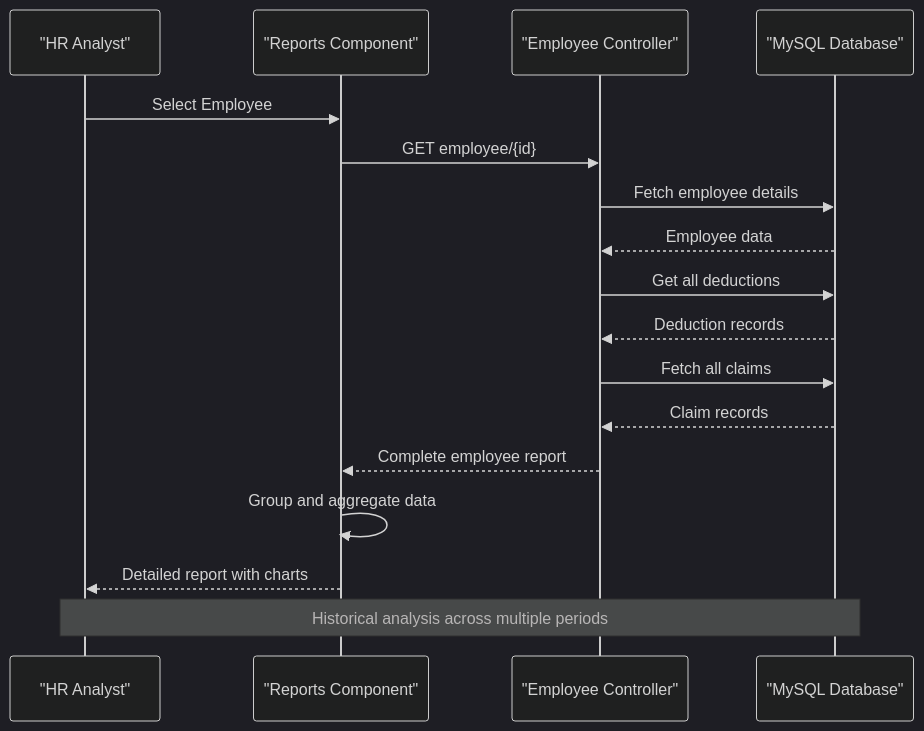
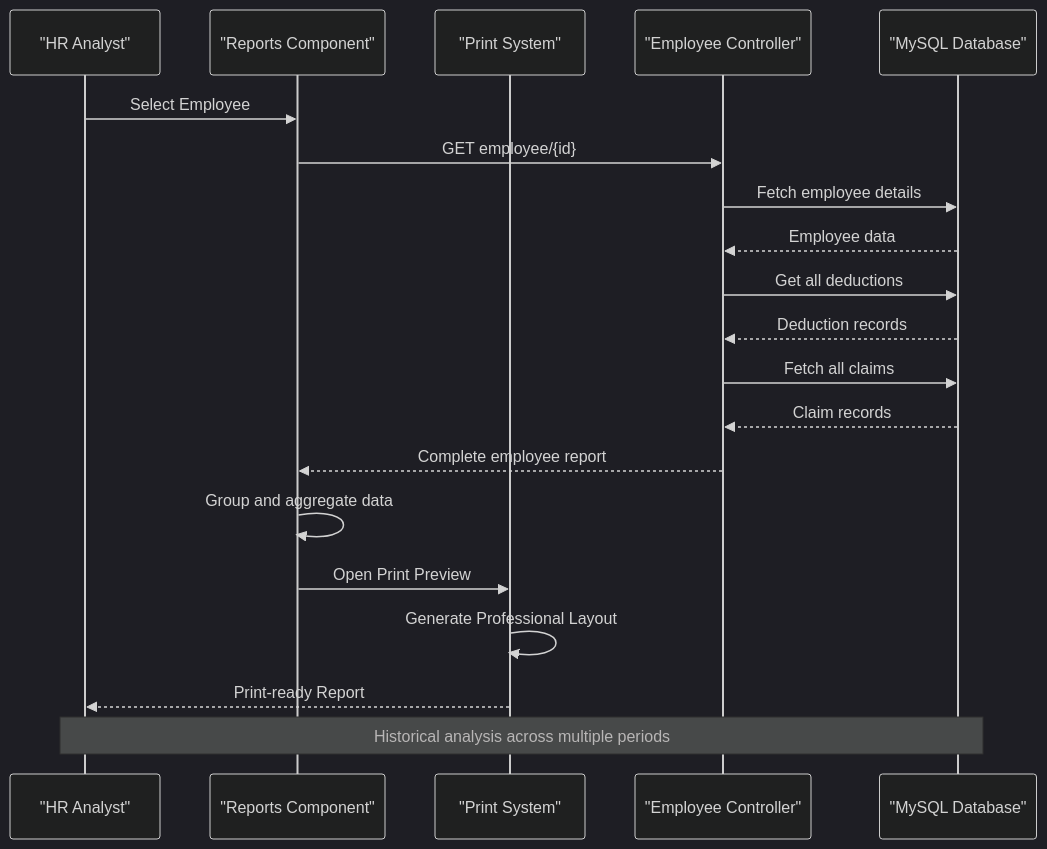
The seventh of 11 diagrams in .qoder/repowiki/en/content/Employee Management/Employee Reports Dashboard.md (vincet0t15/template), drawn with Mermaid (dark theme) before and after one commit. The commit also changed other lines of this file and 11 other files, not shown here.

````diff
--- a/.qoder/repowiki/en/content/Employee Management/Employee Reports Dashboard.md
+++ b/.qoder/repowiki/en/content/Employee Management/Employee Reports Dashboard.md
@@ -272,19 +291,22 @@
 ```mermaid
 sequenceDiagram
 participant User as "HR Analyst"
 participant ReportsPage as "Reports Component"
+participant PrintSystem as "Print System"
 participant Backend as "Employee Controller"
 participant Database as "MySQL Database"
 User->>ReportsPage : Select Employee
 ReportsPage->>Backend : GET employee/{id}
 Backend->>Database : Fetch employee details
 Database-->>Backend : Employee data
 Backend->>Database : Get all deductions
 Database-->>Backend : Deduction records
 Backend->>Database : Fetch all claims
 Database-->>Backend : Claim records
 Backend-->>ReportsPage : Complete employee report
 ReportsPage->>ReportsPage : Group and aggregate data
-ReportsPage-->>User : Detailed report with charts
+ReportsPage->>PrintSystem : Open Print Preview
+PrintSystem->>PrintSystem : Generate Professional Layout
+PrintSystem-->>User : Print-ready Report
 Note over User,Database : Historical analysis across multiple periods
 ```
````
